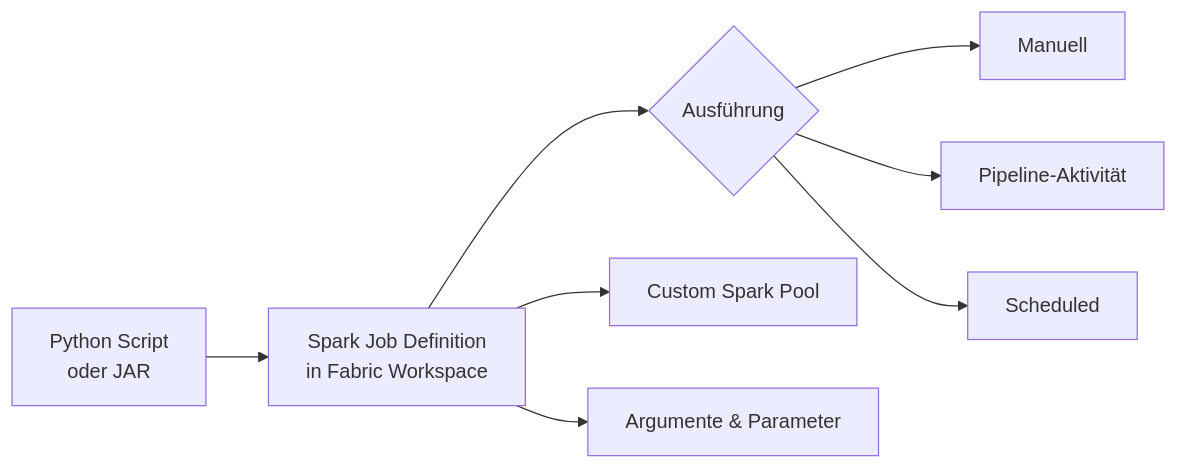
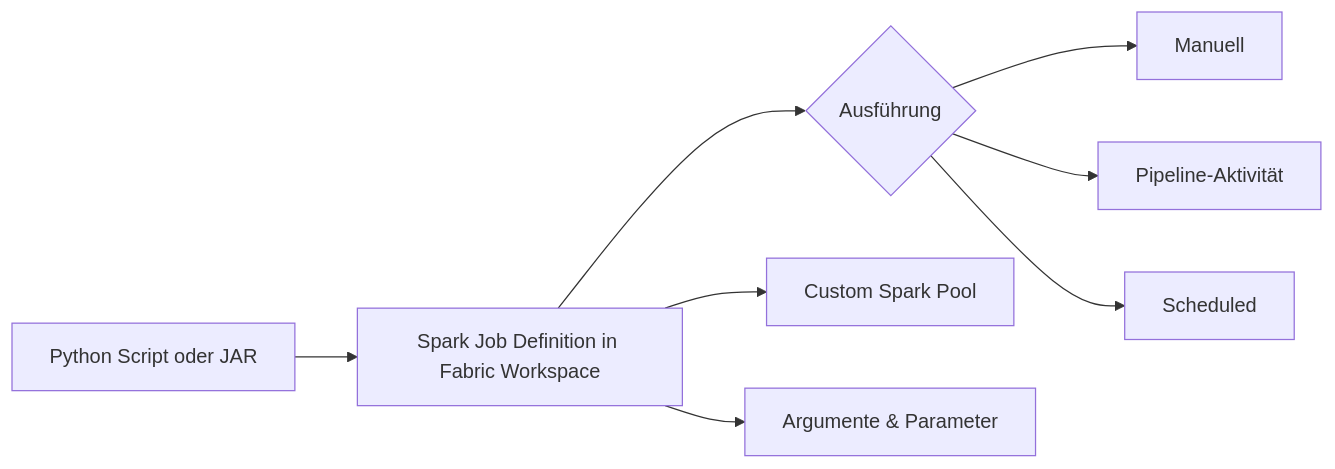
Before and after one commit to SoniiiT/notes-n-docs: the fourth of 5 diagrams in Microsoft 365/Azure/Fabric/Fabric Notebooks und Spark.md, drawn with Mermaid. The commit also changed other lines of this file and 124 other files, not shown here.

First line of the commit message:
fix: Entferne \n aus allen Mermaid-Diagrammen (125 Dateien)

````diff
--- a/Microsoft 365/Azure/Fabric/Fabric Notebooks und Spark.md
+++ b/Microsoft 365/Azure/Fabric/Fabric Notebooks und Spark.md
@@ -431,10 +431,10 @@
 ```mermaid
 graph LR
-    A[Python Script\noder JAR] --> B[Spark Job Definition\nin Fabric Workspace]
+    A[Python Script oder JAR] --> B[Spark Job Definition in Fabric Workspace]
     B --> C{Ausführung}
     C --> D[Manuell]
     C --> E[Pipeline-Aktivität]
     C --> F[Scheduled]
     B --> G[Custom Spark Pool]
     B --> H[Argumente & Parameter]
 ```
````
